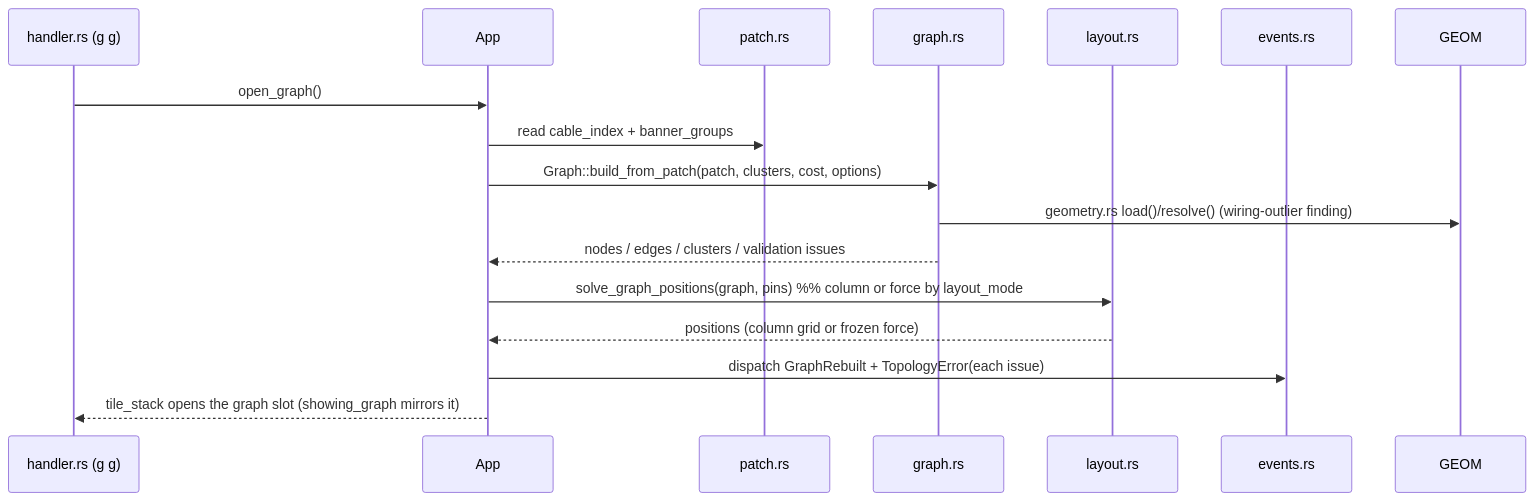
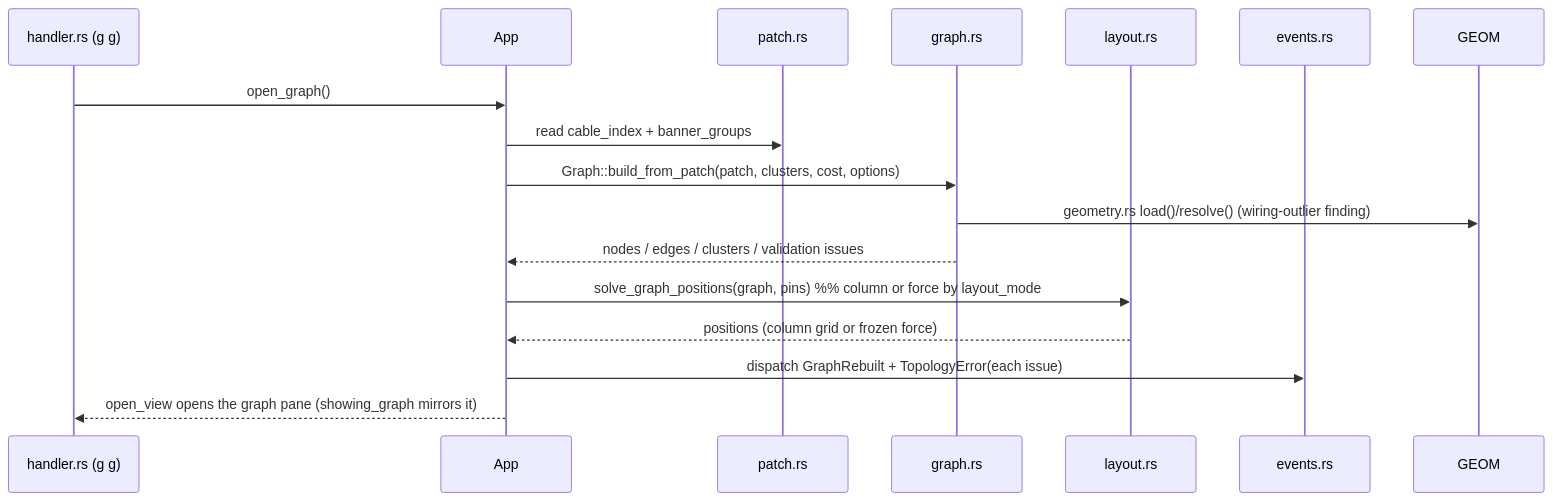
The third of 5 diagrams in ARCHITECTURE.md (moonstruxx/droid-buddy), drawn with Mermaid before and after one commit. The commit also changed other lines of this file and 1 other file, not shown here.

First line of the commit message:
docs: regenerate ARCHITECTURE.md + pc-guardrails-project for the pane-class layout

````diff
--- a/ARCHITECTURE.md
+++ b/ARCHITECTURE.md
@@ -277,18 +292,18 @@
 ```mermaid
 sequenceDiagram
     participant H as handler.rs (g g)
     participant A as App
     participant P as patch.rs
     participant G as graph.rs
     participant L as layout.rs
     participant E as events.rs
     H->>A: open_graph()
     A->>P: read cable_index + banner_groups
     A->>G: Graph::build_from_patch(patch, clusters, cost, options)
     G->>GEOM: geometry.rs load()/resolve() (wiring-outlier finding)
     G-->>A: nodes / edges / clusters / validation issues
     A->>L: solve_graph_positions(graph, pins) %% column or force by layout_mode
     L-->>A: positions (column grid or frozen force)
     A->>E: dispatch GraphRebuilt + TopologyError(each issue)
-    A-->>H: tile_stack opens the graph slot (showing_graph mirrors it)
+    A-->>H: open_view opens the graph pane (showing_graph mirrors it)
 ```
````
